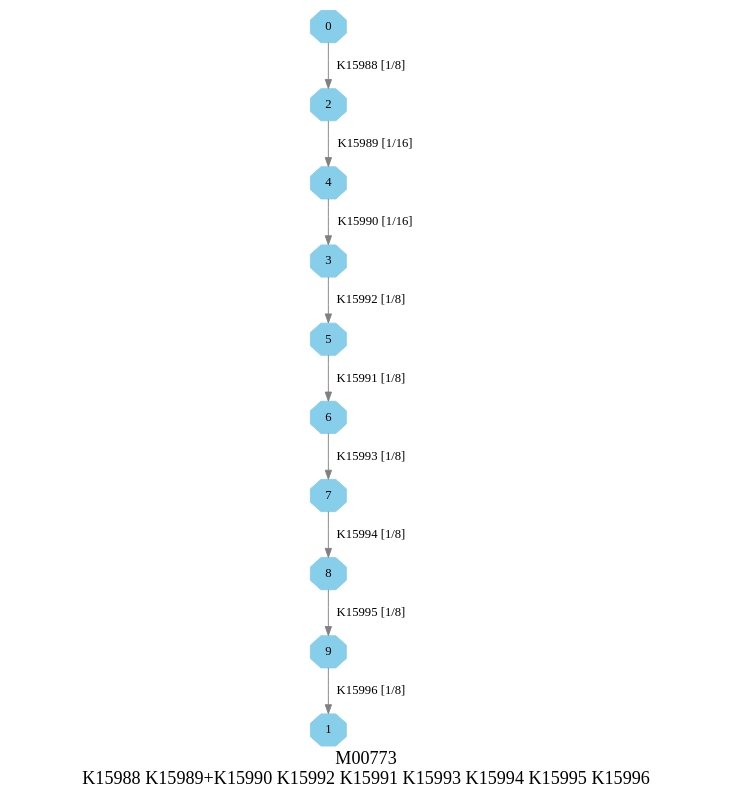
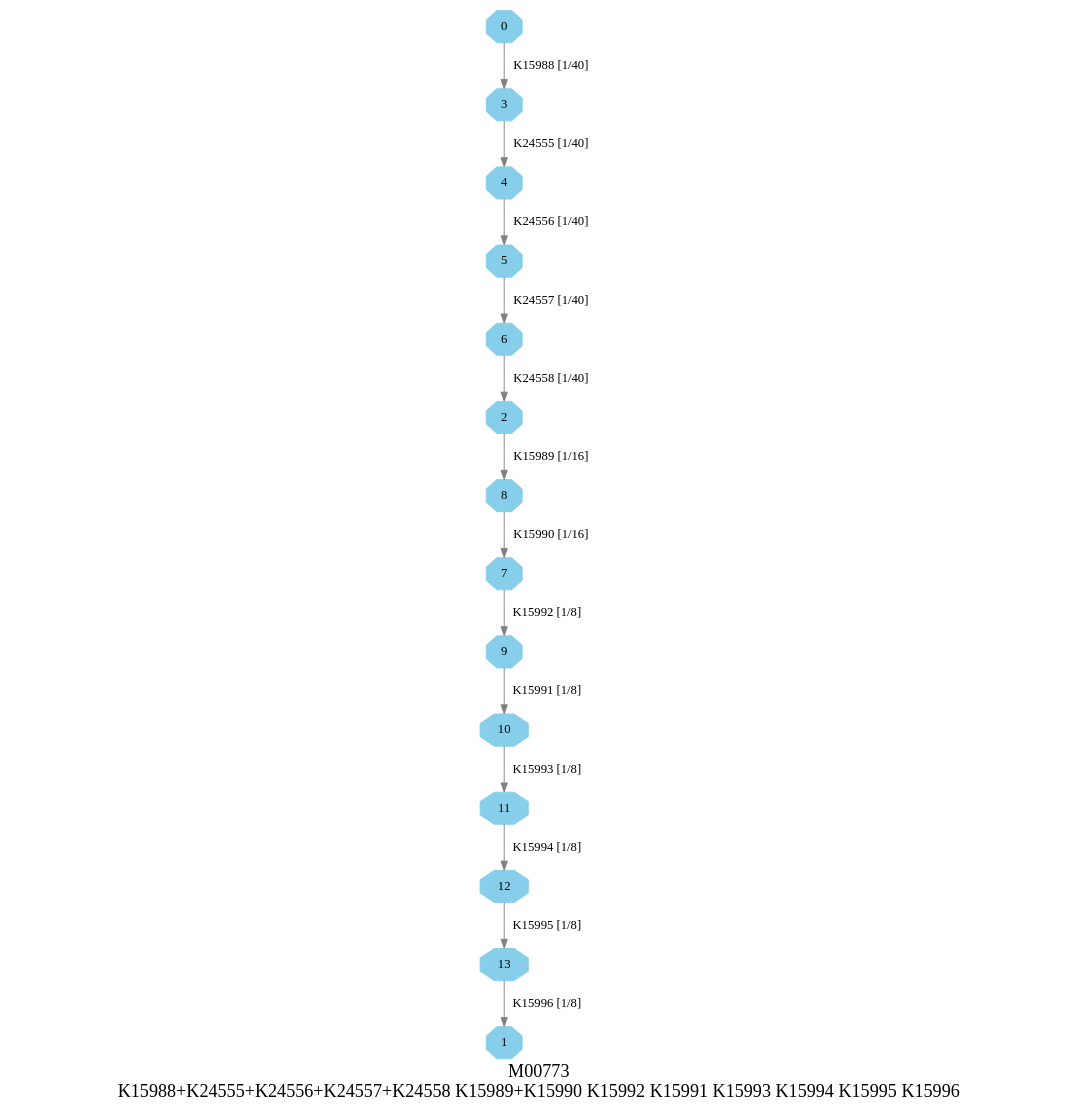
Before and after one commit to EBI-Metagenomics/kegg-pathways-completeness-tool: the diagram in graphs/dots/M00773.dot, drawn with Graphviz. The commit also changed 654 other files, not shown here.

```diff
--- a/graphs/dots/M00773.dot
+++ b/graphs/dots/M00773.dot
@@ -1,16 +1,20 @@
 digraph G {
 graph [label="M00773
-K15988 K15989+K15990 K15992 K15991 K15993 K15994 K15995 K15996",fontsize=20];
+K15988+K24555+K24556+K24557+K24558 K15989+K15990 K15992 K15991 K15993 K15994 K15995 K15996",fontsize=20];
 node [shape=box,style=filled];
 edge [len=3,color=grey];
-{node [width=.3,height=.3,shape=octagon,style=filled,color=skyblue] 0 1 2 3 4 5 6 7 8 9 }
-0 -> 2 [label="K15988 [1/8]"];
-2 -> 4 [label="K15989 [1/16]"];
-3 -> 5 [label="K15992 [1/8]"];
-4 -> 3 [label="K15990 [1/16]"];
-5 -> 6 [label="K15991 [1/8]"];
-6 -> 7 [label="K15993 [1/8]"];
-7 -> 8 [label="K15994 [1/8]"];
-8 -> 9 [label="K15995 [1/8]"];
-9 -> 1 [label="K15996 [1/8]"];
+{node [width=.3,height=.3,shape=octagon,style=filled,color=skyblue] 0 1 2 3 4 5 6 7 8 9 10 11 12 13 }
+0 -> 3 [label="K15988 [1/40]"];
+2 -> 8 [label="K15989 [1/16]"];
+3 -> 4 [label="K24555 [1/40]"];
+4 -> 5 [label="K24556 [1/40]"];
+5 -> 6 [label="K24557 [1/40]"];
+6 -> 2 [label="K24558 [1/40]"];
+7 -> 9 [label="K15992 [1/8]"];
+8 -> 7 [label="K15990 [1/16]"];
+9 -> 10 [label="K15991 [1/8]"];
+10 -> 11 [label="K15993 [1/8]"];
+11 -> 12 [label="K15994 [1/8]"];
+12 -> 13 [label="K15995 [1/8]"];
+13 -> 1 [label="K15996 [1/8]"];
 }
```
